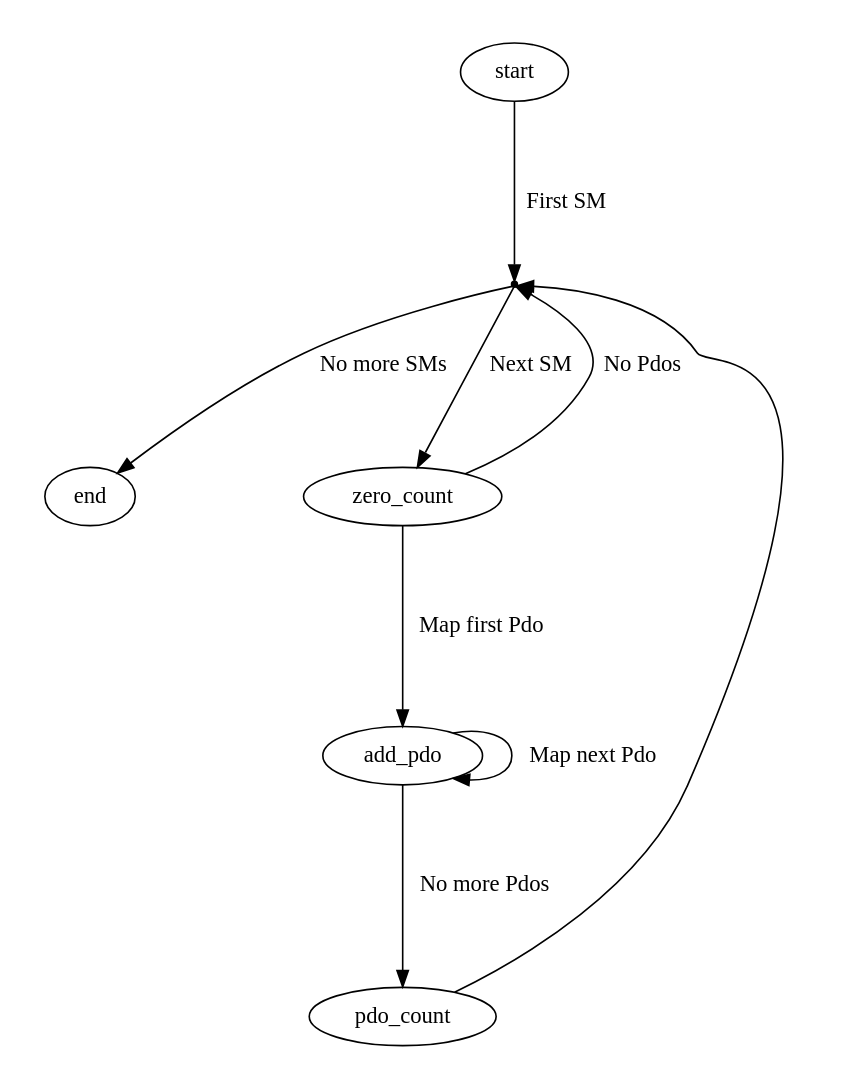
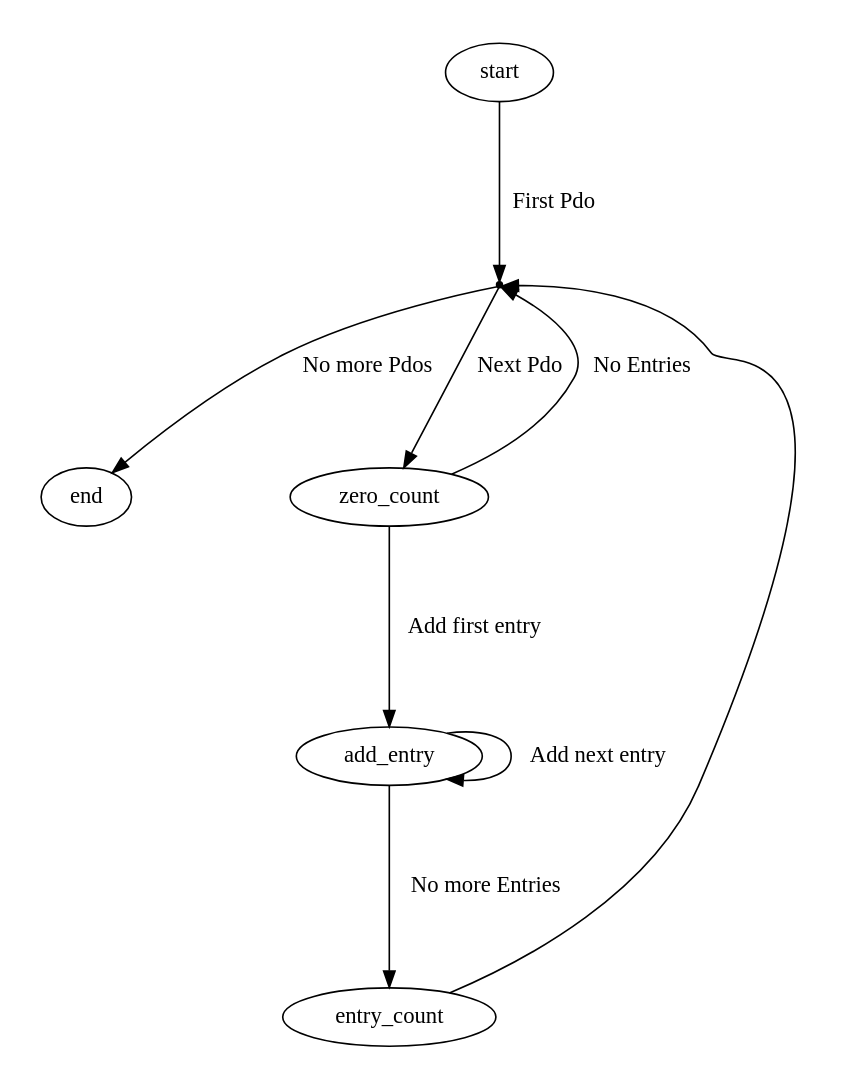
The diagram in documentation/graphs/fsm_pdo_mapping.dot (ribalda/ethercat), drawn with Graphviz before and after one commit. The commit also changed 27 other files, not shown here.

```diff
--- a/documentation/graphs/fsm_pdo_mapping.dot
+++ b/documentation/graphs/fsm_pdo_mapping.dot
@@ -1,19 +1,19 @@
 
 /* $Id$ */
 
-digraph pdomapping {
+digraph pdoconfig {
     size="7,9"
     center=1
 	ratio=fill
 
-    next_sync [shape=point,label=""]
+    next_pdo [shape=point,label=""]
 
-    start -> next_sync [label="First SM"]
-    next_sync -> end [label="No more SMs"]
-    next_sync -> zero_count [label="Next SM"]
-    zero_count -> next_sync [label="No Pdos"]
-    zero_count -> add_pdo [label="Map first Pdo", weight=5]
-    add_pdo -> add_pdo [label="Map next Pdo"]
-    add_pdo -> pdo_count [label="No more Pdos", weight=5]
-    pdo_count -> next_sync
+    start -> next_pdo [label="First Pdo"]
+    next_pdo -> end [label="No more Pdos"]
+    next_pdo -> zero_count [label="Next Pdo"]
+    zero_count -> next_pdo [label="No Entries"]
+    zero_count -> add_entry [label="Add first entry", weight=5]
+    add_entry -> add_entry [label="Add next entry"]
+    add_entry -> entry_count [label="No more Entries", weight=5]
+    entry_count -> next_pdo
 }
```
